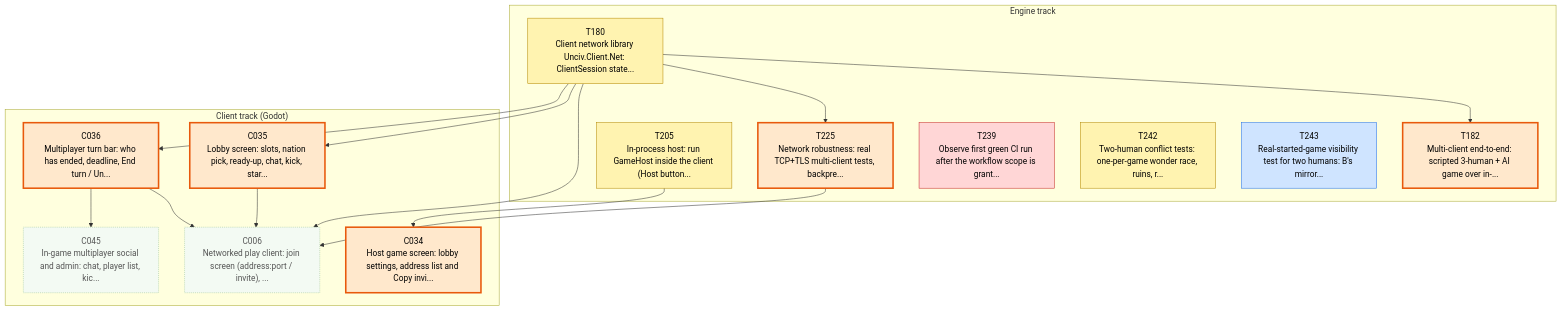
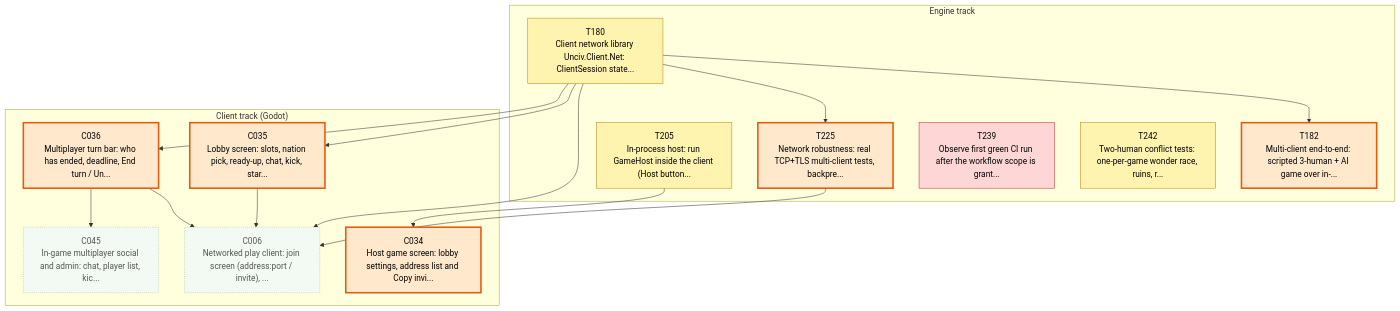
The first of 2 diagrams in csharp/migration/DEPENDENCY_MAP.md (Kenmura/Unciv), drawn with Mermaid before and after one commit. The commit also changed other lines of this file and 1 other file, not shown here.

Commit message:
migration: review T243 pass [Adversarial Review]

````diff
--- a/csharp/migration/DEPENDENCY_MAP.md
+++ b/csharp/migration/DEPENDENCY_MAP.md
@@ -24,48 +24,46 @@
 ```mermaid
 flowchart TD
   subgraph TTRACK["Engine track"]
     T180["T180<br/>Client network library Unciv.Client.Net: ClientSession state..."]
     T182["T182<br/>Multi-client end-to-end: scripted 3-human + AI game over in-..."]
     T205["T205<br/>In-process host: run GameHost inside the client (Host button..."]
     T225["T225<br/>Network robustness: real TCP+TLS multi-client tests, backpre..."]
     T239["T239<br/>Observe first green CI run after the workflow scope is grant..."]
     T242["T242<br/>Two-human conflict tests: one-per-game wonder race, ruins, r..."]
-    T243["T243<br/>Real-started-game visibility test for two humans: B's mirror..."]
   end
   subgraph CTRACK["Client track (Godot)"]
     C006["C006<br/>Networked play client: join screen (address:port / invite), ..."]
     C034["C034<br/>Host game screen: lobby settings, address list and Copy invi..."]
     C035["C035<br/>Lobby screen: slots, nation pick, ready-up, chat, kick, star..."]
     C036["C036<br/>Multiplayer turn bar: who has ended, deadline, End turn / Un..."]
     C045["C045<br/>In-game multiplayer social and admin: chat, player list, kic..."]
   end
   T180 --> T182
   T180 --> T225
   T180 --> C006
   C035 --> C006
   C036 --> C006
   T225 --> C006
   T205 --> C034
   T180 --> C035
   T180 --> C036
   C036 --> C045
   classDef waiting fill:#f3faf3,stroke:#9bc49b,color:#555,stroke-dasharray:2 2
   classDef ondeck fill:#ffe8cc,stroke:#e8590c,stroke-width:3px,color:#000
   classDef ready fill:#7ee787,stroke:#1a7f37,stroke-width:3px,color:#000
   classDef prog fill:#fff3b0,stroke:#b58900,color:#000
   classDef review fill:#cfe4ff,stroke:#1f6feb,color:#000
   classDef blocked fill:#ffd6d6,stroke:#c62828,color:#000
   classDef done fill:#eeeeee,stroke:#999999,color:#666,stroke-dasharray:4 3
   class C006 waiting
   class C034 ondeck
   class C035 ondeck
   class C036 ondeck
   class C045 waiting
   class T180 prog
   class T182 ondeck
   class T205 prog
   class T225 ondeck
   class T239 blocked
   class T242 prog
-  class T243 review
 ```
````
